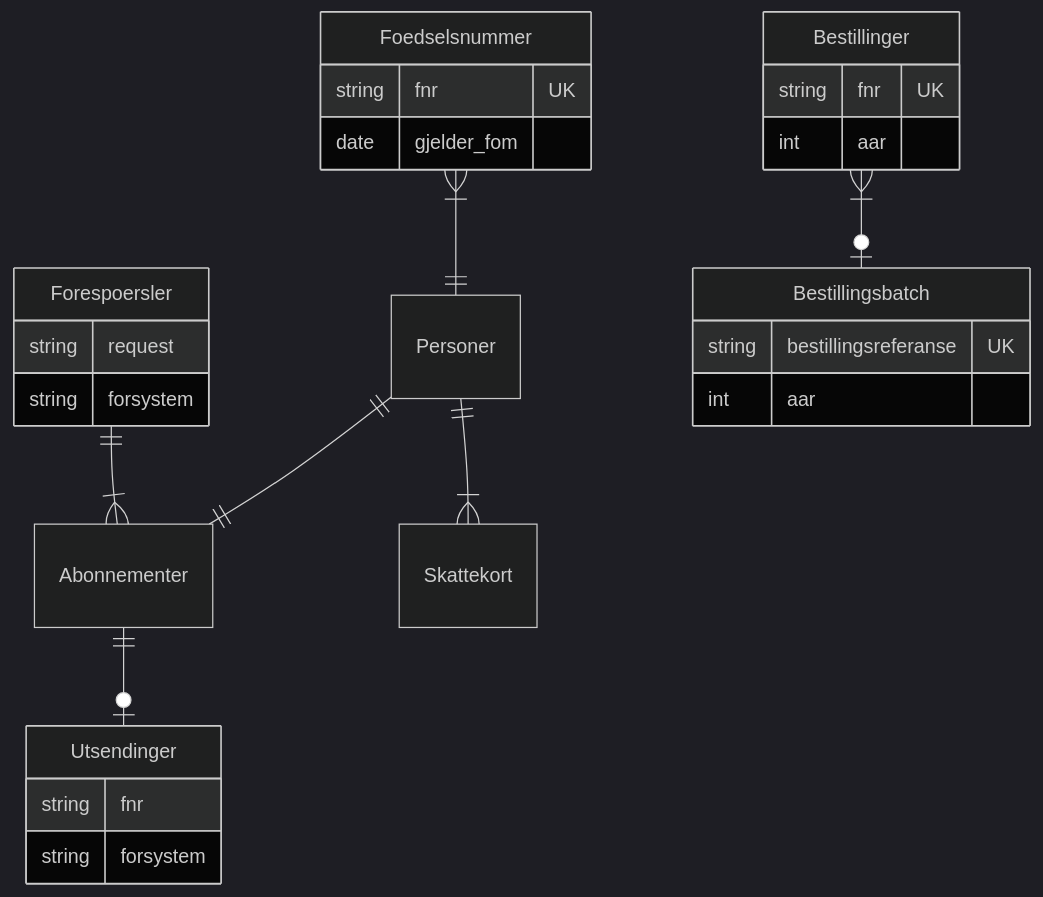
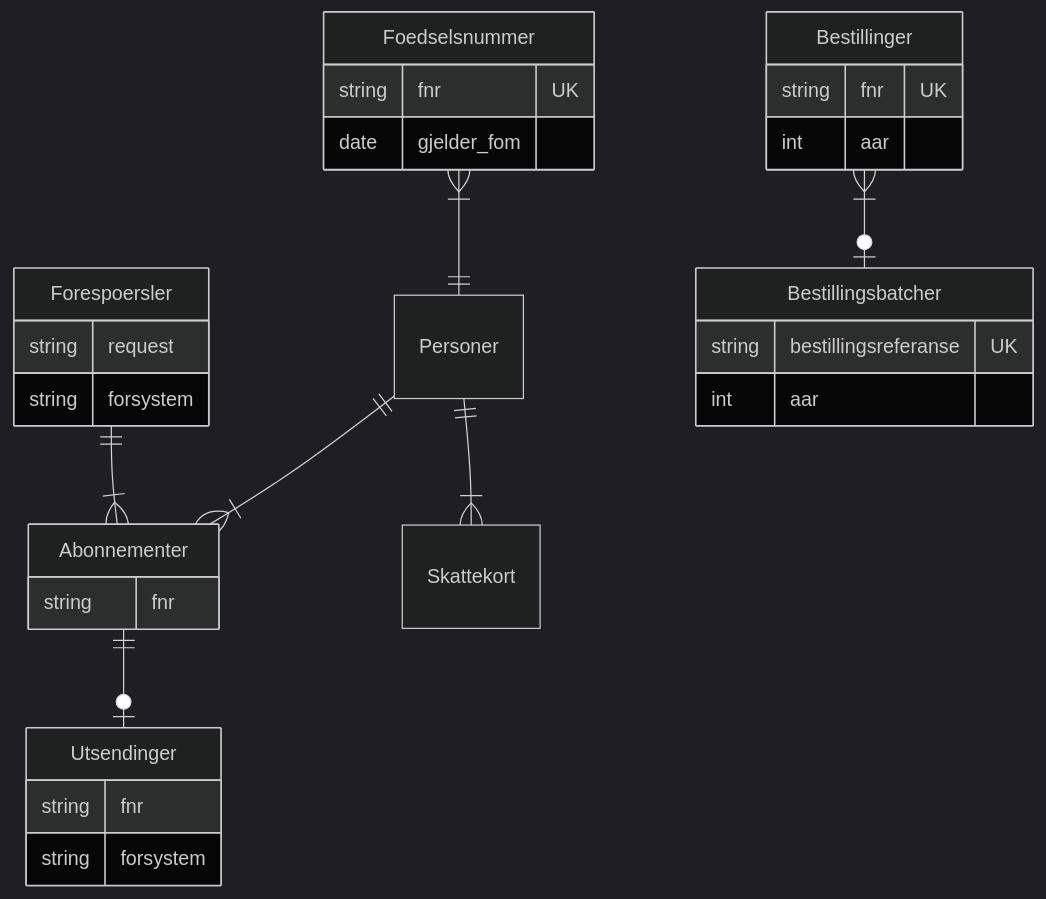
Before and after one commit to navikt/sokos-skattekort: the sixth of 7 diagrams in README.md, drawn with Mermaid (dark theme). The commit also changed 14 other files, not shown here.

````diff
--- a/README.md
+++ b/README.md
@@ -231,39 +231,40 @@
 ```mermaid
 erDiagram
     Forespoersler ||--|{ Abonnementer: ""
     Personer ||--|{ Skattekort: ""
     Foedselsnummer }|--|| Personer: ""
-    Bestillinger |{--o| Bestillingsbatch: ""
+    Bestillinger |{--o| Bestillingsbatcher: ""
     Abonnementer ||--o| Utsendinger: ""
-    Personer ||--|| Abonnementer: ""
+    Personer ||--|{ Abonnementer: ""
     Forespoersler {
         string request
         string forsystem
     }
 
     Foedselsnummer {
         string fnr UK
         date gjelder_fom
     }
 
     Abonnementer {
+        string fnr
     }
 
     Skattekort {
     }
 
     Bestillinger {
         string fnr UK
         int aar
     }
 
-    Bestillingsbatch {
+    Bestillingsbatcher {
         string bestillingsreferanse UK
         int aar
     }
 
     Utsendinger {
         string fnr
         string forsystem
     }
 ```
````
